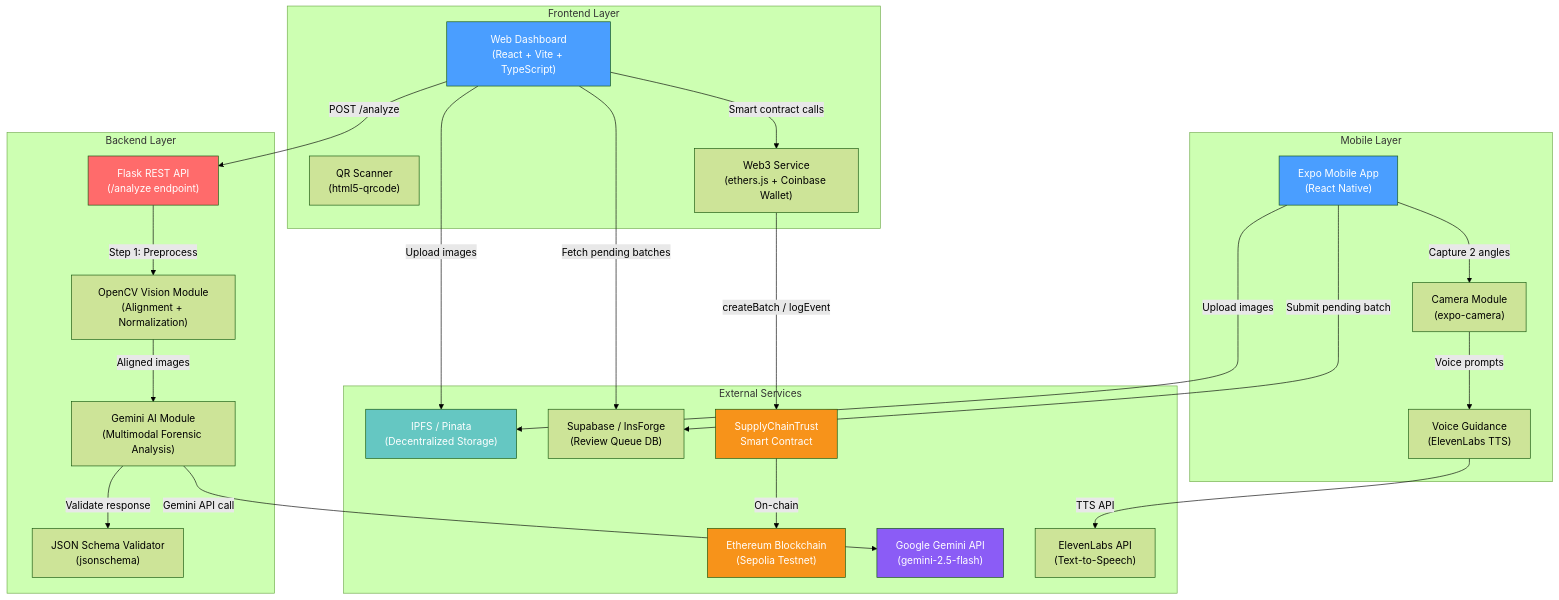
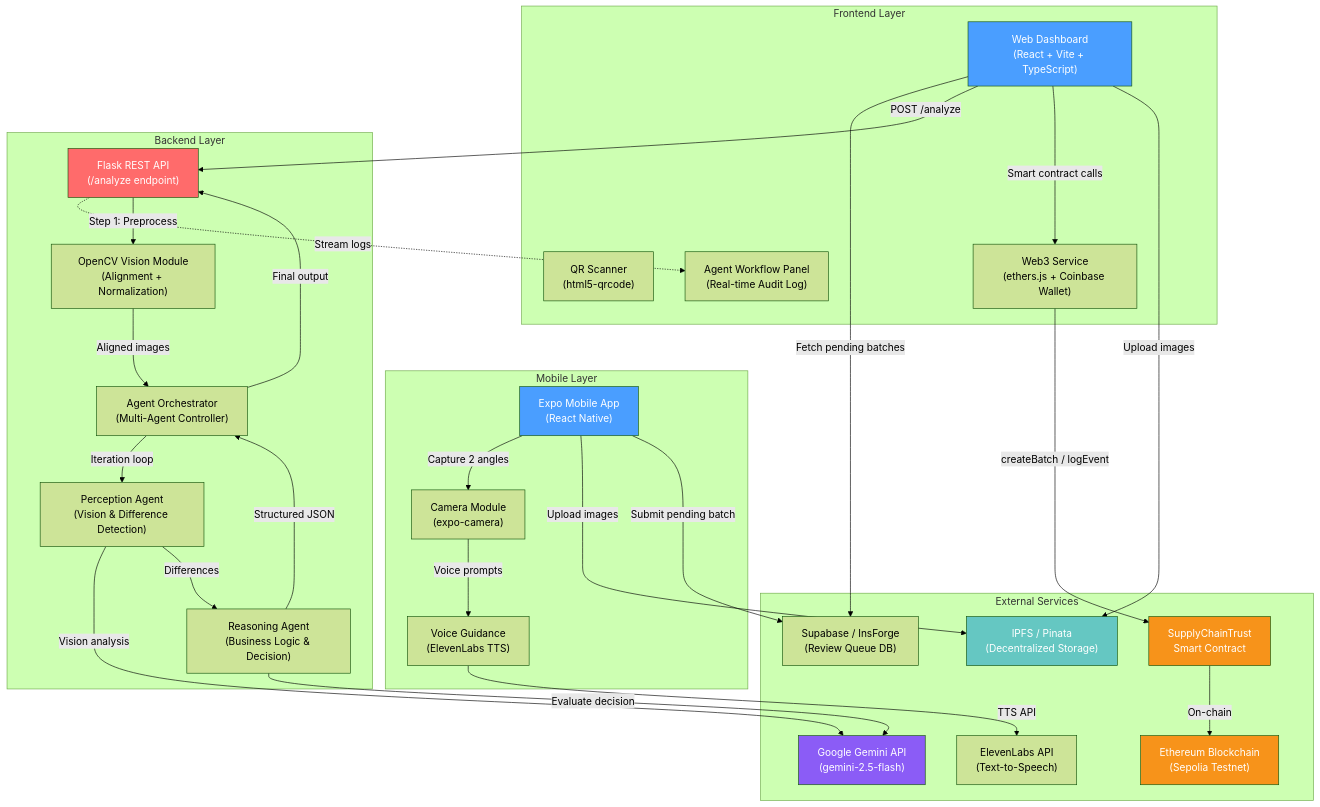
Before and after one commit to jmt-genius/boxity: the first of 8 diagrams in METHODOLOGY.md, drawn with Mermaid (forest theme). The commit also changed other lines of this file, not shown here.

````diff
--- a/METHODOLOGY.md
+++ b/METHODOLOGY.md
@@ -29,56 +29,63 @@
 ```mermaid
 graph TB
     subgraph "Mobile Layer"
         MA["Expo Mobile App<br/>(React Native)"]
         CAM["Camera Module<br/>(expo-camera)"]
         TTS["Voice Guidance<br/>(ElevenLabs TTS)"]
     end
 
     subgraph "Frontend Layer"
         WEB["Web Dashboard<br/>(React + Vite + TypeScript)"]
         QR["QR Scanner<br/>(html5-qrcode)"]
         W3["Web3 Service<br/>(ethers.js + Coinbase Wallet)"]
+        AWP["Agent Workflow Panel<br/>(Real-time Audit Log)"]
     end
 
     subgraph "Backend Layer"
         API["Flask REST API<br/>(/analyze endpoint)"]
         CV["OpenCV Vision Module<br/>(Alignment + Normalization)"]
-        AI["Gemini AI Module<br/>(Multimodal Forensic Analysis)"]
-        SCH["JSON Schema Validator<br/>(jsonschema)"]
+        ORCH["Agent Orchestrator<br/>(Multi-Agent Controller)"]
+        PA["Perception Agent<br/>(Vision & Difference Detection)"]
+        RA["Reasoning Agent<br/>(Business Logic & Decision)"]
     end
 
     subgraph "External Services"
         IPFS["IPFS / Pinata<br/>(Decentralized Storage)"]
         SUP["Supabase / InsForge<br/>(Review Queue DB)"]
         BC["Ethereum Blockchain<br/>(Sepolia Testnet)"]
         SC["SupplyChainTrust<br/>Smart Contract"]
         GEM["Google Gemini API<br/>(gemini-2.5-flash)"]
         EL["ElevenLabs API<br/>(Text-to-Speech)"]
     end
 
     MA -->|"Capture 2 angles"| CAM
     CAM -->|"Voice prompts"| TTS
     TTS -->|"TTS API"| EL
     MA -->|"Upload images"| IPFS
     MA -->|"Submit pending batch"| SUP
 
     WEB -->|"Fetch pending batches"| SUP
     WEB -->|"POST /analyze"| API
     WEB -->|"Smart contract calls"| W3
     W3 -->|"createBatch / logEvent"| SC
     SC -->|"On-chain"| BC
     WEB -->|"Upload images"| IPFS
+    API -.->|"Stream logs"| AWP
 
     API -->|"Step 1: Preprocess"| CV
-    CV -->|"Aligned images"| AI
-    AI -->|"Gemini API call"| GEM
-    AI -->|"Validate response"| SCH
+    CV -->|"Aligned images"| ORCH
+    ORCH -->|"Iteration loop"| PA
+    PA -->|"Vision analysis"| GEM
+    PA -->|"Differences"| RA
+    RA -->|"Evaluate decision"| GEM
+    RA -->|"Structured JSON"| ORCH
+    ORCH -->|"Final output"| API
 
     style MA fill:#4A9EFF,color:#fff
     style WEB fill:#4A9EFF,color:#fff
     style API fill:#FF6B6B,color:#fff
     style BC fill:#F7931A,color:#fff
     style SC fill:#F7931A,color:#fff
     style IPFS fill:#65C7C2,color:#fff
     style GEM fill:#8B5CF6,color:#fff
 ```
````
